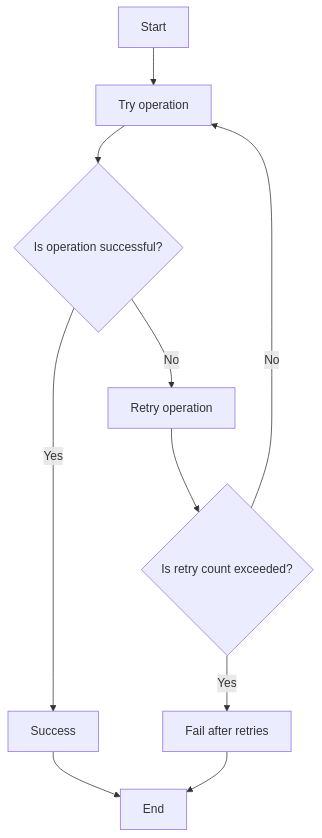
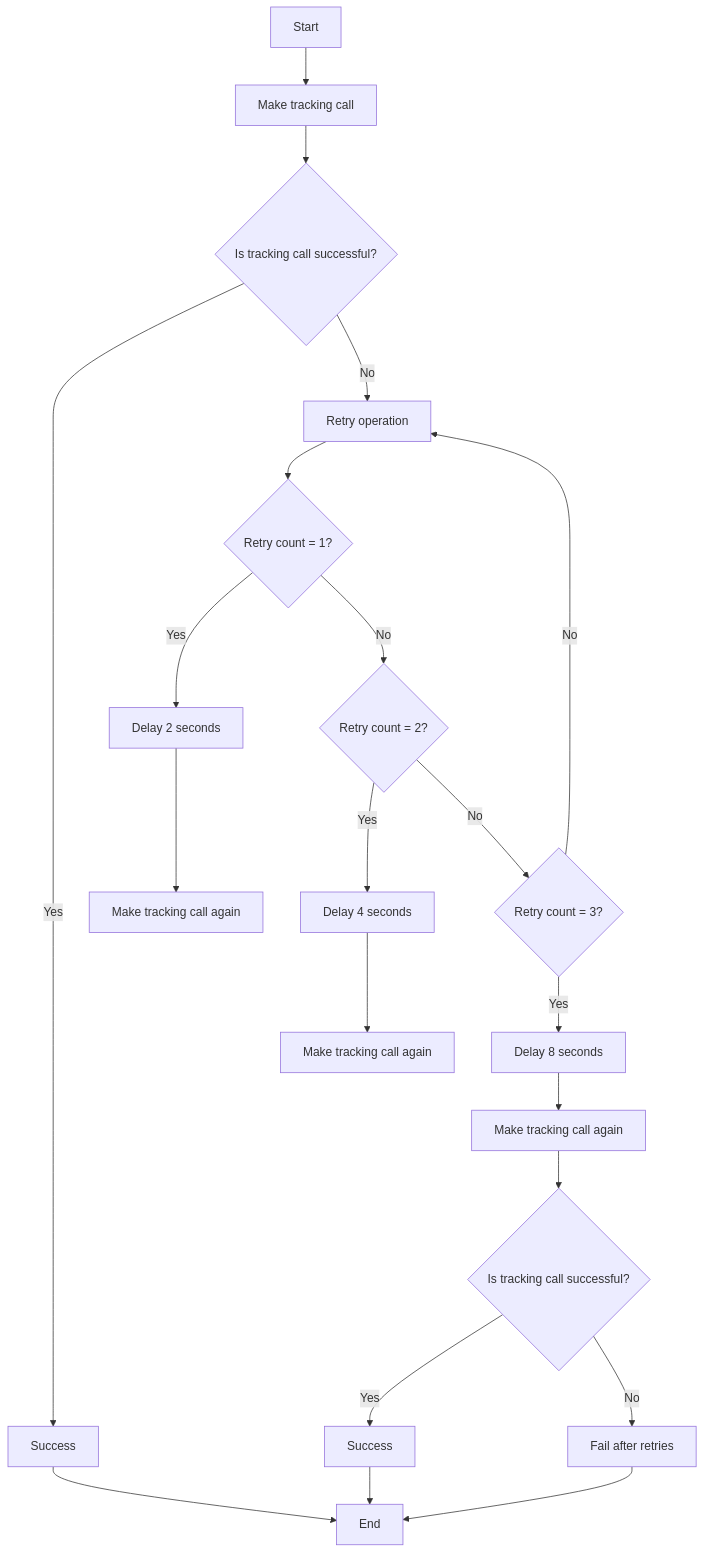
Before and after one commit to wingify/readme-central: the diagram in docs/Concepts/sdk-retry-mechanism.md, drawn with Mermaid.

Commit message:
Update doc `sdk-retry-mechanism`

````diff
--- a/docs/Concepts/sdk-retry-mechanism.md
+++ b/docs/Concepts/sdk-retry-mechanism.md
@@ -30,12 +30,23 @@
 ```mermaid
 graph TD
-  A[Start] --> B[Try operation]
-  B --> C{Is operation successful?}
+  A[Start] --> B[Make tracking call]
+  B --> C{Is tracking call successful?}
   C -->|Yes| D[Success]
   C -->|No| E[Retry operation]
-  E --> F{Is retry count exceeded?}
-  F -->|Yes| G[Fail after retries]
-  F -->|No| B
-  D --> H[End]
-  G --> H
+  E --> F{Retry count = 1?}
+  F -->|Yes| G[Delay 2 seconds]
+  G --> H[Make tracking call again]
+  F -->|No| I{Retry count = 2?}
+  I -->|Yes| J[Delay 4 seconds]
+  J --> K[Make tracking call again]
+  I -->|No| L{Retry count = 3?}
+  L -->|Yes| M[Delay 8 seconds]
+  M --> N[Make tracking call again]
+  L -->|No| E
+  N --> O{Is tracking call successful?}
+  O -->|Yes| P[Success]
+  O -->|No| Q[Fail after retries]
+  D --> R[End]
+  P --> R
+  Q --> R
 ```
````
